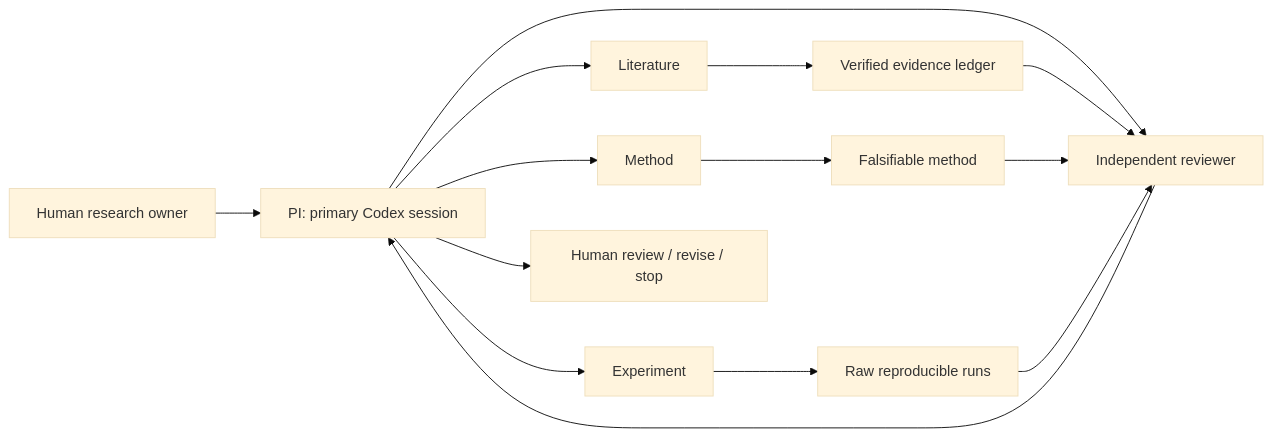
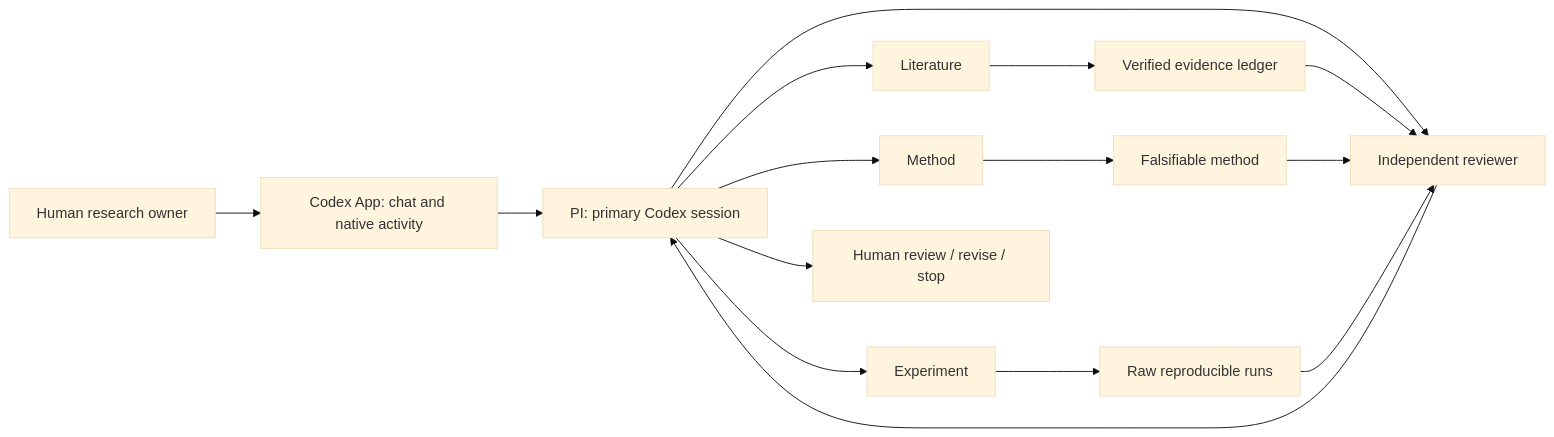
One commit to ymping666/CodexLab changed the diagram in docs/architecture.md. Above: the diagram before and after it, drawn with Mermaid (base theme). The commit also changed other lines of this file and 15 other files, not shown here.

Commit message:
Make Codex App the primary CodexLab entry point

````diff
--- a/docs/architecture.md
+++ b/docs/architecture.md
@@ -9,16 +13,17 @@
 ```mermaid
 flowchart LR
-  User[Human research owner] --> PI[PI: primary Codex session]
+  User[Human research owner] --> App[Codex App: chat and native activity]
+  App --> PI[PI: primary Codex session]
   PI --> L[Literature]
   PI --> M[Method]
   PI --> E[Experiment]
   PI --> R[Independent reviewer]
   L --> Sources[Verified evidence ledger]
   M --> Protocol[Falsifiable method]
   E --> Runs[Raw reproducible runs]
   Sources --> R
   Protocol --> R
   Runs --> R
   R --> PI
   PI --> Decision[Human review / revise / stop]
 ```
````
